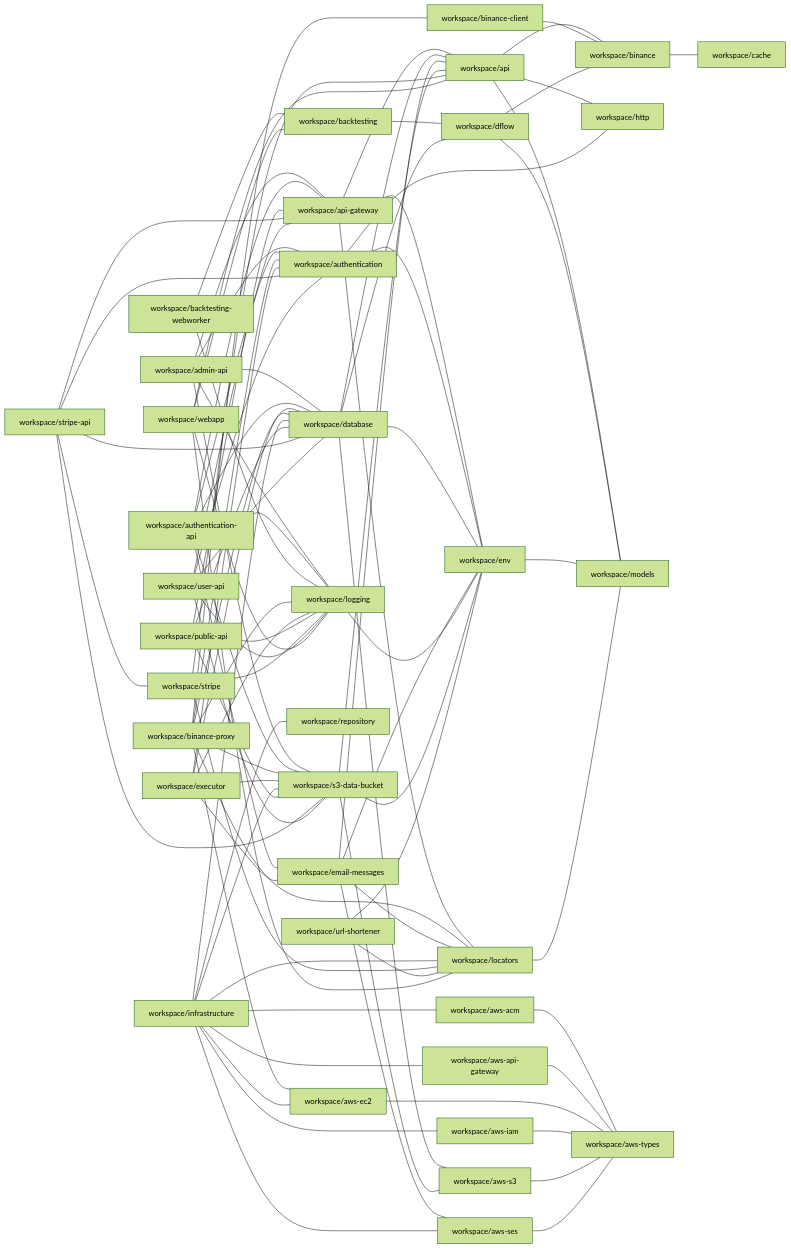
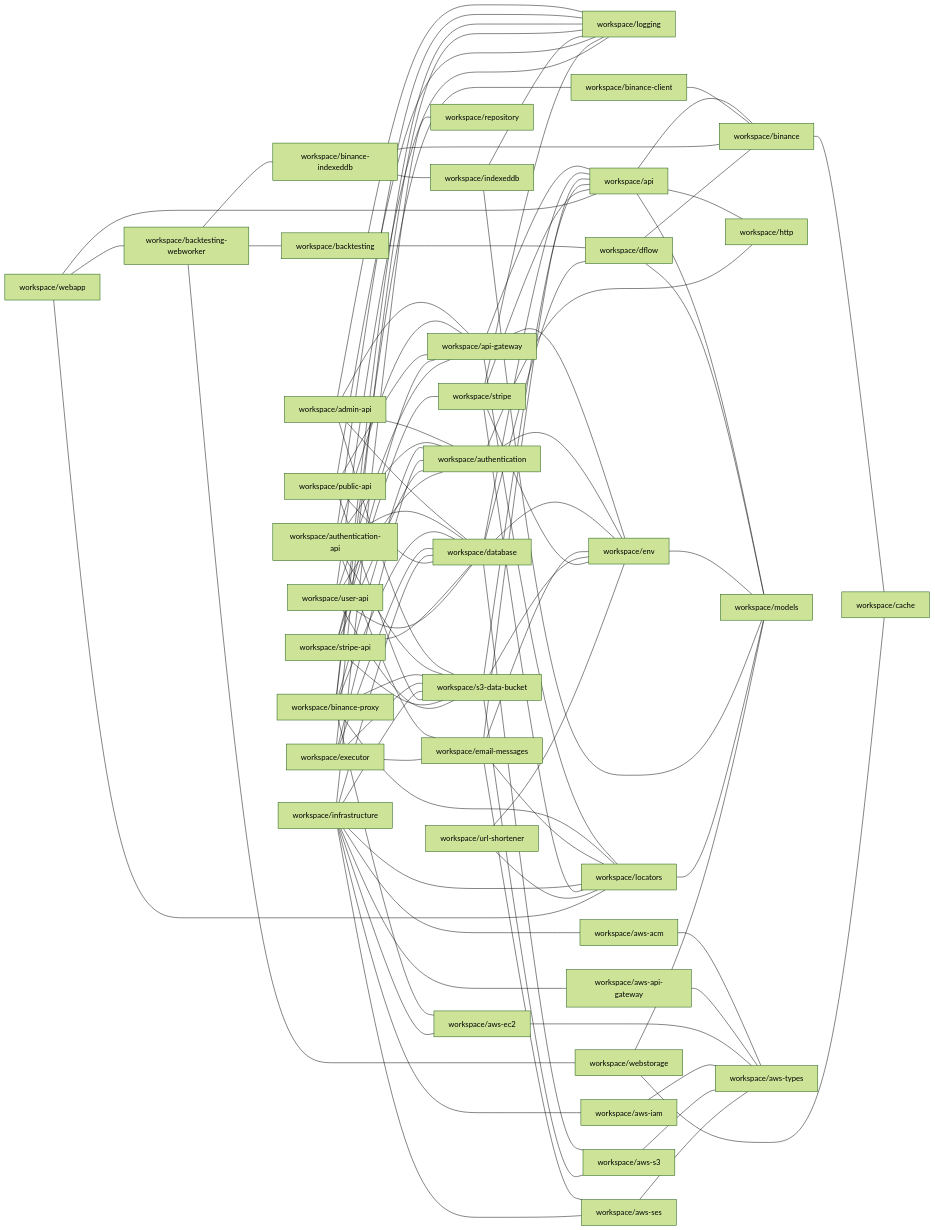
Before and after one commit to ggbot-org/ggbot: the diagram in repository/docs/npm-dependencies.md, drawn with Mermaid (forest theme). The commit also changed 43 other files, not shown here.

Commit message:
workspace models does not depend on flow-view

````diff
--- a/repository/docs/npm-dependencies.md
+++ b/repository/docs/npm-dependencies.md
@@ -31,9 +31,12 @@
     workspace/aws-ses --- workspace/aws-types
     workspace/backtesting --- workspace/dflow
     workspace/backtesting-webworker --- workspace/backtesting
-    workspace/backtesting-webworker --- workspace/logging
+    workspace/backtesting-webworker --- workspace/binance-indexeddb
+    workspace/backtesting-webworker --- workspace/webstorage
     workspace/binance --- workspace/cache
     workspace/binance-client --- workspace/binance
+    workspace/binance-indexeddb --- workspace/binance
+    workspace/binance-indexeddb --- workspace/indexeddb
     workspace/binance-proxy --- workspace/aws-ec2
     workspace/binance-proxy --- workspace/authentication
     workspace/binance-proxy --- workspace/binance-client
@@ -57,6 +60,8 @@
     workspace/executor --- workspace/email-messages
     workspace/executor --- workspace/logging
     workspace/executor --- workspace/s3-data-bucket
+    workspace/indexeddb --- workspace/logging
+    workspace/indexeddb --- workspace/models
     workspace/infrastructure --- workspace/aws-acm
     workspace/infrastructure --- workspace/aws-api-gateway
     workspace/infrastructure --- workspace/aws-ec2
@@ -67,7 +72,6 @@
     workspace/infrastructure --- workspace/repository
     workspace/infrastructure --- workspace/s3-data-bucket
     workspace/locators --- workspace/models
-    workspace/logging --- workspace/env
     workspace/public-api --- workspace/api-gateway
     workspace/public-api --- workspace/database
     workspace/public-api --- workspace/logging
@@ -76,6 +80,7 @@
     workspace/s3-data-bucket --- workspace/aws-s3
     workspace/s3-data-bucket --- workspace/env
     workspace/stripe --- workspace/api
+    workspace/stripe --- workspace/env
     workspace/stripe --- workspace/locators
     workspace/stripe --- workspace/logging
     workspace/stripe-api --- workspace/api-gateway
@@ -91,7 +96,8 @@
     workspace/user-api --- workspace/logging
     workspace/user-api --- workspace/s3-data-bucket
     workspace/webapp --- workspace/api
-    workspace/webapp --- workspace/backtesting
+    workspace/webapp --- workspace/backtesting-webworker
     workspace/webapp --- workspace/locators
-    workspace/webapp --- workspace/logging
+    workspace/webstorage --- workspace/cache
+    workspace/webstorage --- workspace/models
 ```
````
